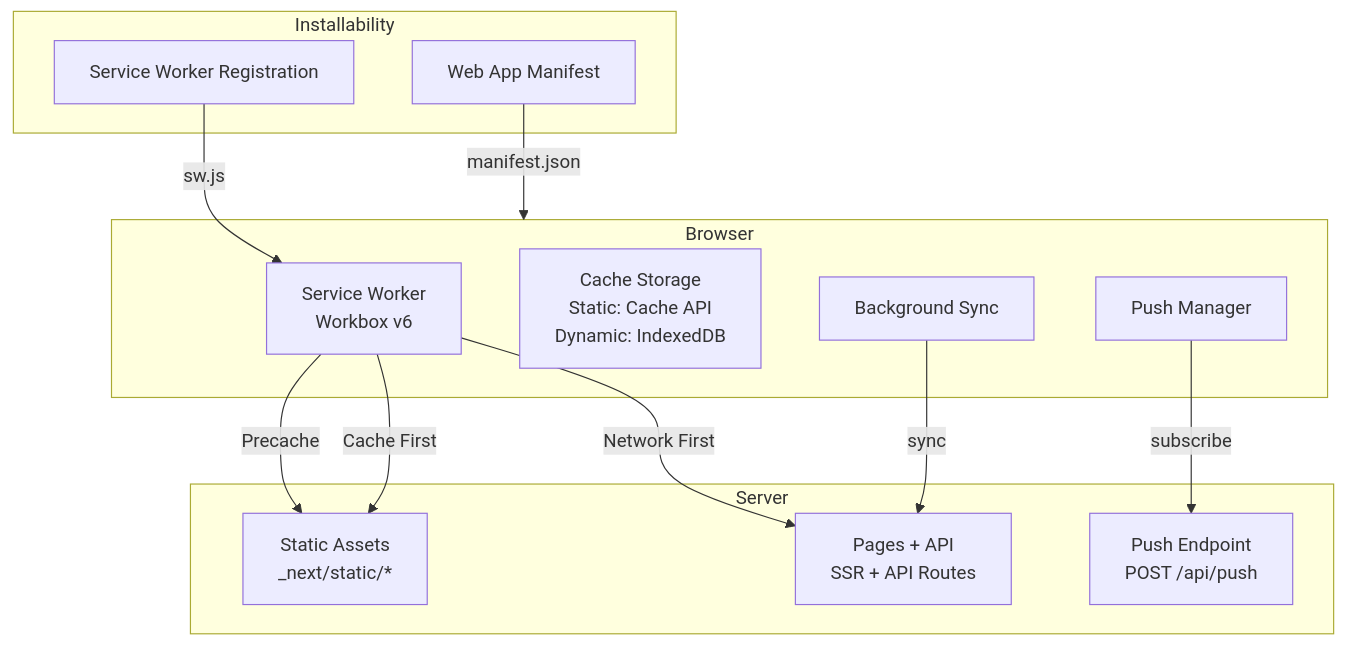
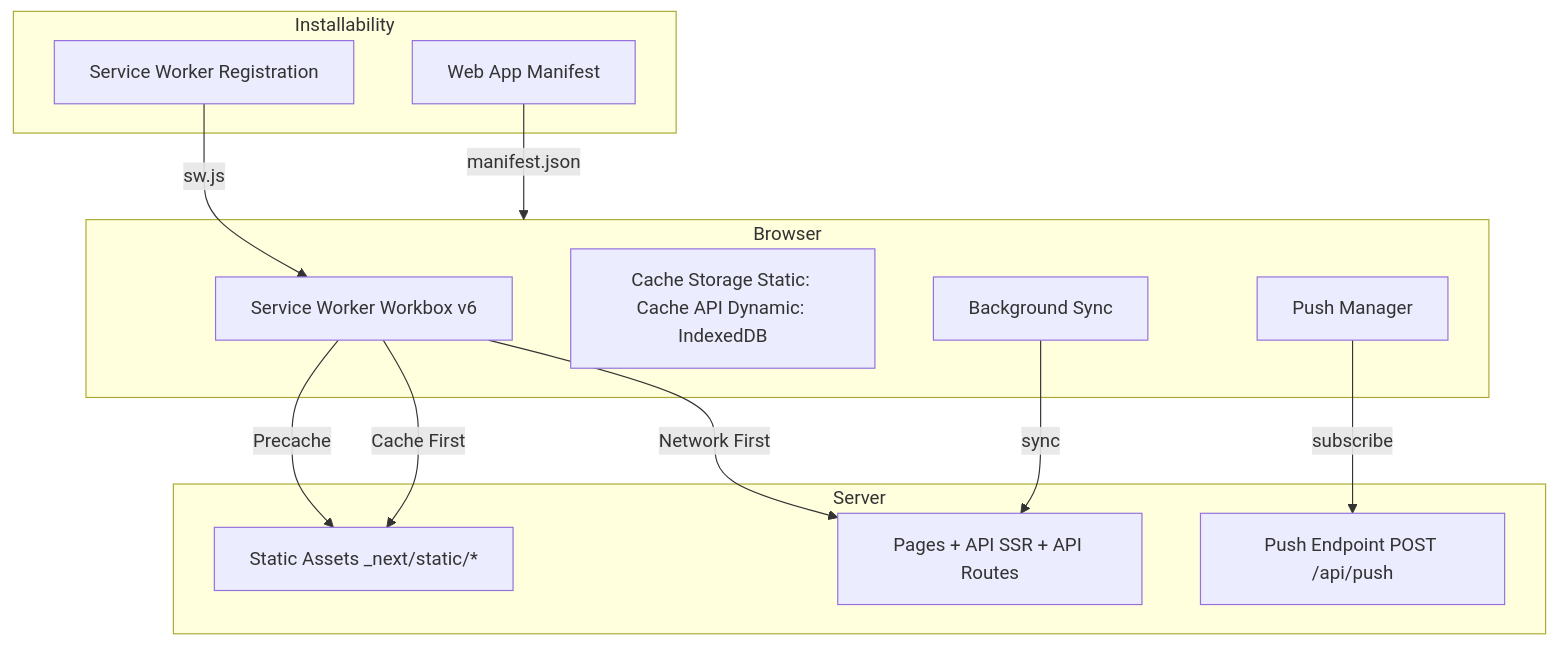
The first of 4 diagrams in docs/10-pwa-offline.md (dharshan47/rrckitchen), drawn with Mermaid before and after one commit. The commit also changed 273 other files, not shown here.

````diff
--- a/docs/10-pwa-offline.md
+++ b/docs/10-pwa-offline.md
@@ -11,28 +11,29 @@
 ```mermaid
-graph TB
+%%{init: {'flowchart': {'curve': 'basis', 'useMaxWidth': true}}}%%
+flowchart TB
     subgraph "Browser"
-        SW["Service Worker<br/>Workbox v6"]
-        CS["Cache Storage<br/>Static: Cache API<br/>Dynamic: IndexedDB"]
+        SW["Service Worker Workbox v6"]
+        CS["Cache Storage Static: Cache API Dynamic: IndexedDB"]
         PM["Push Manager"]
         BS["Background Sync"]
     end
 
     subgraph "Server"
-        Assets["Static Assets<br/>_next/static/*"]
-        Pages["Pages + API<br/>SSR + API Routes"]
-        Push["Push Endpoint<br/>POST /api/push"]
+        Assets["Static Assets _next/static/*"]
+        Pages["Pages + API SSR + API Routes"]
+        Push["Push Endpoint POST /api/push"]
     end
 
     subgraph "Installability"
         M["Web App Manifest"]
         SWR["Service Worker Registration"]
     end
 
     M -->|"manifest.json"| Browser
     SWR -->|"sw.js"| SW
     SW -->|"Precache"| Assets
     SW -->|"Network First"| Pages
     SW -->|"Cache First"| Assets
     PM -->|"subscribe"| Push
     BS -->|"sync"| Pages
 ```
````
